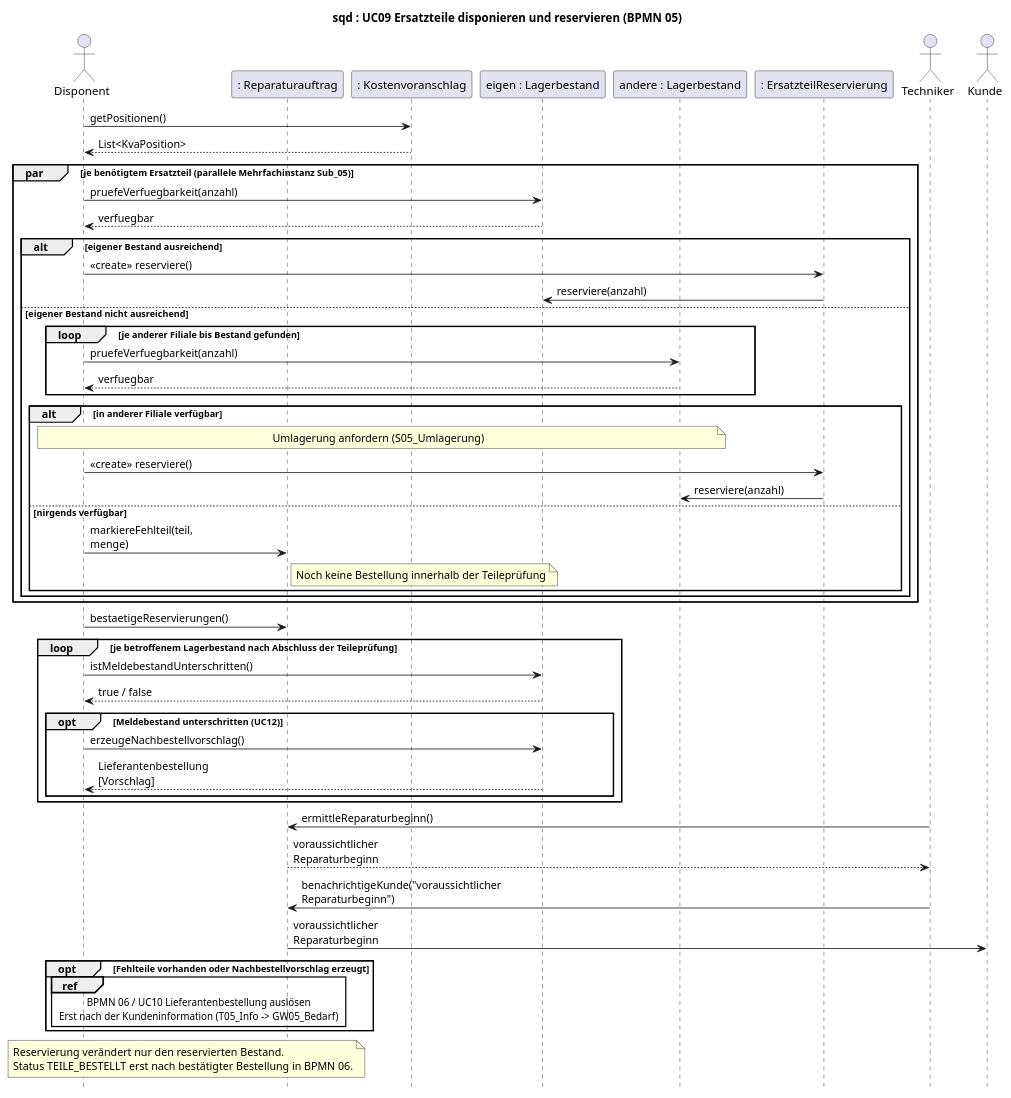
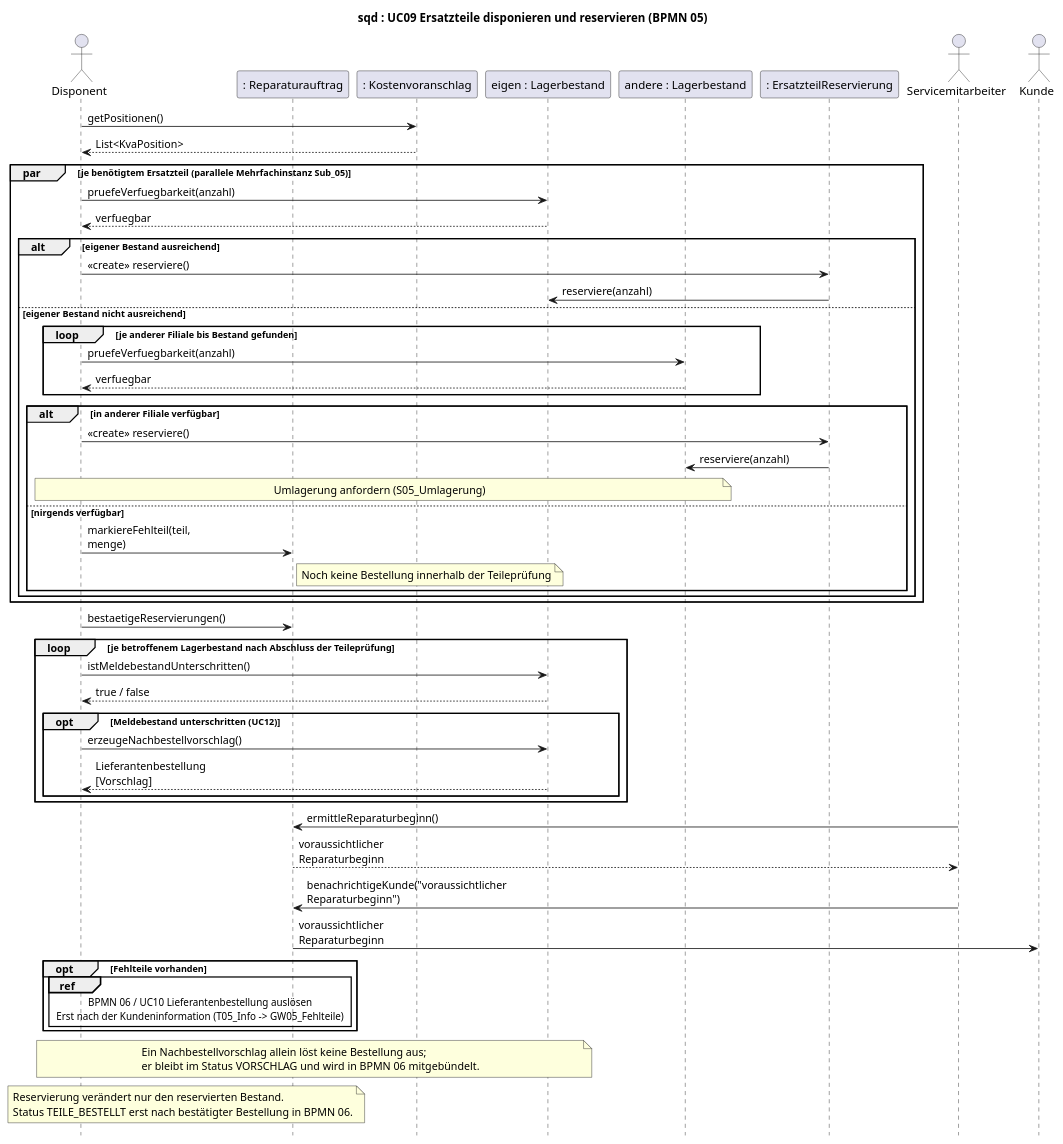
Before and after one commit to jakobschwan123-cmd/casestudy-semester-3: the diagram in uml/sequenz-03-reservierung.puml, drawn with PlantUML. The commit also changed 17 other files, not shown here.

```diff
--- a/uml/sequenz-03-reservierung.puml
+++ b/uml/sequenz-03-reservierung.puml
@@ -1,59 +1,60 @@
 @startuml
 ' BPMN: p05-ersatzteilreservierung.bpmn
-' BPMN-Nodes: T05_Teileliste Sub_05 S05_Eigen GW05_Eigen S05_Reservieren S05_Andere GW05_Andere S05_Umlagerung S05_Fehlteil T05_Bestaetigen T05_Meldebestand GW05_Meldebestand T05_Nachbestellung T05_Beginn T05_Info GW05_Bedarf T05_Bestellen
+' BPMN-Nodes: T05_Teileliste Sub_05 S05_Eigen GW05_Eigen S05_Reservieren S05_Andere GW05_Andere S05_ResAndere S05_Umlagerung S05_Fehlteil T05_Bestaetigen T05_Meldebestand GW05_Meldebestand T05_Nachbestellung T05_Beginn T05_Info GW05_Fehlteile T05_Bestellen
 title sqd : UC09 Ersatzteile disponieren und reservieren (BPMN 05)
 skinparam defaultFontName Arial
 skinparam sequenceMessageAlign left
 skinparam maxMessageSize 160
 hide footbox
 
 actor Disponent
 participant ": Reparaturauftrag" as RA
 participant ": Kostenvoranschlag" as KVA
 participant "eigen : Lagerbestand" as LB
 participant "andere : Lagerbestand" as AL
 participant ": ErsatzteilReservierung" as RES
-actor Techniker
+actor Servicemitarbeiter as SM
 actor Kunde
 
 Disponent -> KVA : getPositionen()
 KVA --> Disponent : List<KvaPosition>
 par je benötigtem Ersatzteil (parallele Mehrfachinstanz Sub_05)
     Disponent -> LB : pruefeVerfuegbarkeit(anzahl)
     LB --> Disponent : verfuegbar
     alt eigener Bestand ausreichend
         Disponent -> RES : <<create>> reserviere()
         RES -> LB : reserviere(anzahl)
     else eigener Bestand nicht ausreichend
         loop je anderer Filiale bis Bestand gefunden
             Disponent -> AL : pruefeVerfuegbarkeit(anzahl)
             AL --> Disponent : verfuegbar
         end
         alt in anderer Filiale verfügbar
-            note over Disponent, AL : Umlagerung anfordern (S05_Umlagerung)
             Disponent -> RES : <<create>> reserviere()
             RES -> AL : reserviere(anzahl)
+            note over Disponent, AL : Umlagerung anfordern (S05_Umlagerung)
         else nirgends verfügbar
             Disponent -> RA : markiereFehlteil(teil, menge)
             note right of RA : Noch keine Bestellung innerhalb der Teileprüfung
         end
     end
 end
 Disponent -> RA : bestaetigeReservierungen()
 loop je betroffenem Lagerbestand nach Abschluss der Teileprüfung
     Disponent -> LB : istMeldebestandUnterschritten()
     LB --> Disponent : true / false
     opt Meldebestand unterschritten (UC12)
         Disponent -> LB : erzeugeNachbestellvorschlag()
         LB --> Disponent : Lieferantenbestellung [Vorschlag]
     end
 end
-Techniker -> RA : ermittleReparaturbeginn()
-RA --> Techniker : voraussichtlicher Reparaturbeginn
-Techniker -> RA : benachrichtigeKunde("voraussichtlicher Reparaturbeginn")
+SM -> RA : ermittleReparaturbeginn()
+RA --> SM : voraussichtlicher Reparaturbeginn
+SM -> RA : benachrichtigeKunde("voraussichtlicher Reparaturbeginn")
 RA -> Kunde : voraussichtlicher Reparaturbeginn
-opt Fehlteile vorhanden oder Nachbestellvorschlag erzeugt
-    ref over Disponent, RA : BPMN 06 / UC10 Lieferantenbestellung auslösen\nErst nach der Kundeninformation (T05_Info -> GW05_Bedarf)
+opt Fehlteile vorhanden
+    ref over Disponent, RA : BPMN 06 / UC10 Lieferantenbestellung auslösen\nErst nach der Kundeninformation (T05_Info -> GW05_Fehlteile)
 end
+note over Disponent, LB : Ein Nachbestellvorschlag allein löst keine Bestellung aus;\ner bleibt im Status VORSCHLAG und wird in BPMN 06 mitgebündelt.
 note over Disponent, RA : Reservierung verändert nur den reservierten Bestand.\nStatus TEILE_BESTELLT erst nach bestätigter Bestellung in BPMN 06.
 @enduml
```
